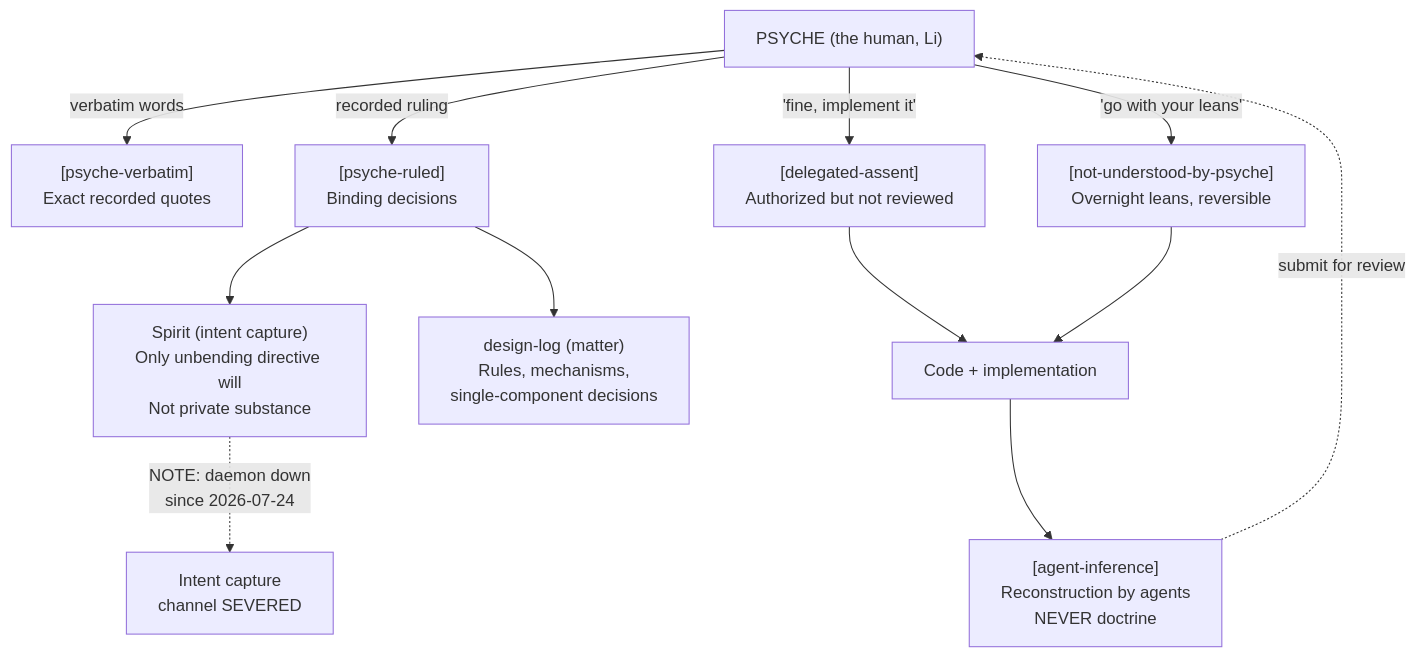
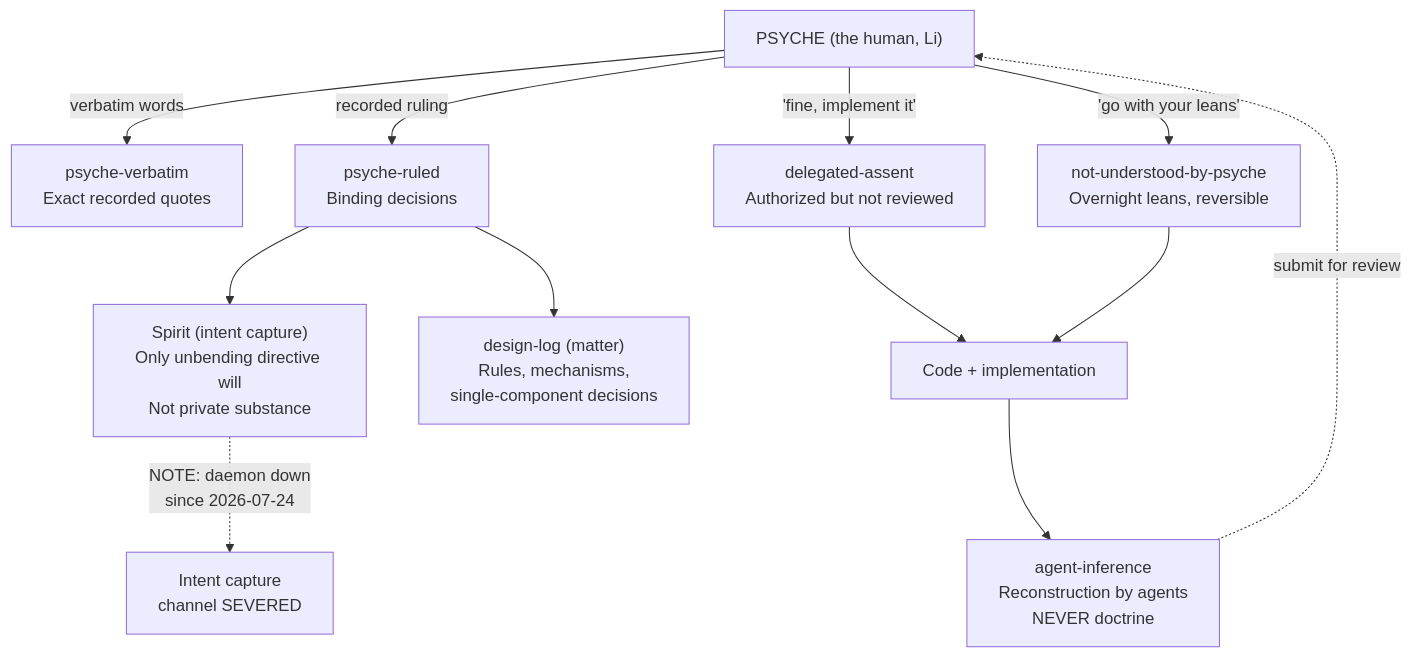
The second of 2 diagrams in reports/PsycheVisionFirstPrinciples-2026-07-31.md (LiGoldragon/primary), drawn with Mermaid before and after one commit. The commit also changed other lines of this file, not shown here.

Commit message:
reports: fix mermaid rendering; capture nomos round-trip statement

````diff
--- a/reports/PsycheVisionFirstPrinciples-2026-07-31.md
+++ b/reports/PsycheVisionFirstPrinciples-2026-07-31.md
@@ -438,15 +444,15 @@
 ```mermaid
 flowchart TD
     P["PSYCHE (the human, Li)"]
-    P -->|"verbatim words"| PV["[psyche-verbatim]\nExact recorded quotes"]
-    P -->|"recorded ruling"| PR["[psyche-ruled]\nBinding decisions"]
-    P -->|"'fine, implement it'"| DA["[delegated-assent]\nAuthorized but not reviewed"]
-    P -->|"'go with your leans'"| NUP["[not-understood-by-psyche]\nOvernight leans, reversible"]
-    PR --> Spirit["Spirit (intent capture)\nOnly unbending directive will\nNot private substance"]
-    PR --> DL["design-log (matter)\nRules, mechanisms,\nsingle-component decisions"]
+    P -->|"verbatim words"| PV["psyche-verbatim<br/>Exact recorded quotes"]
+    P -->|"recorded ruling"| PR["psyche-ruled<br/>Binding decisions"]
+    P -->|"'fine, implement it'"| DA["delegated-assent<br/>Authorized but not reviewed"]
+    P -->|"'go with your leans'"| NUP["not-understood-by-psyche<br/>Overnight leans, reversible"]
+    PR --> Spirit["Spirit (intent capture)<br/>Only unbending directive will<br/>Not private substance"]
+    PR --> DL["design-log (matter)<br/>Rules, mechanisms,<br/>single-component decisions"]
     DA --> Code["Code + implementation"]
     NUP --> Code
-    Code --> AI["[agent-inference]\nReconstruction by agents\nNEVER doctrine"]
+    Code --> AI["agent-inference<br/>Reconstruction by agents<br/>NEVER doctrine"]
     AI -.->|"submit for review"| P
-    Spirit -.->|"NOTE: daemon down\nsince 2026-07-24"| Severed["Intent capture\nchannel SEVERED"]
+    Spirit -.->|"NOTE: daemon down<br/>since 2026-07-24"| Severed["Intent capture<br/>channel SEVERED"]
 ```
````
